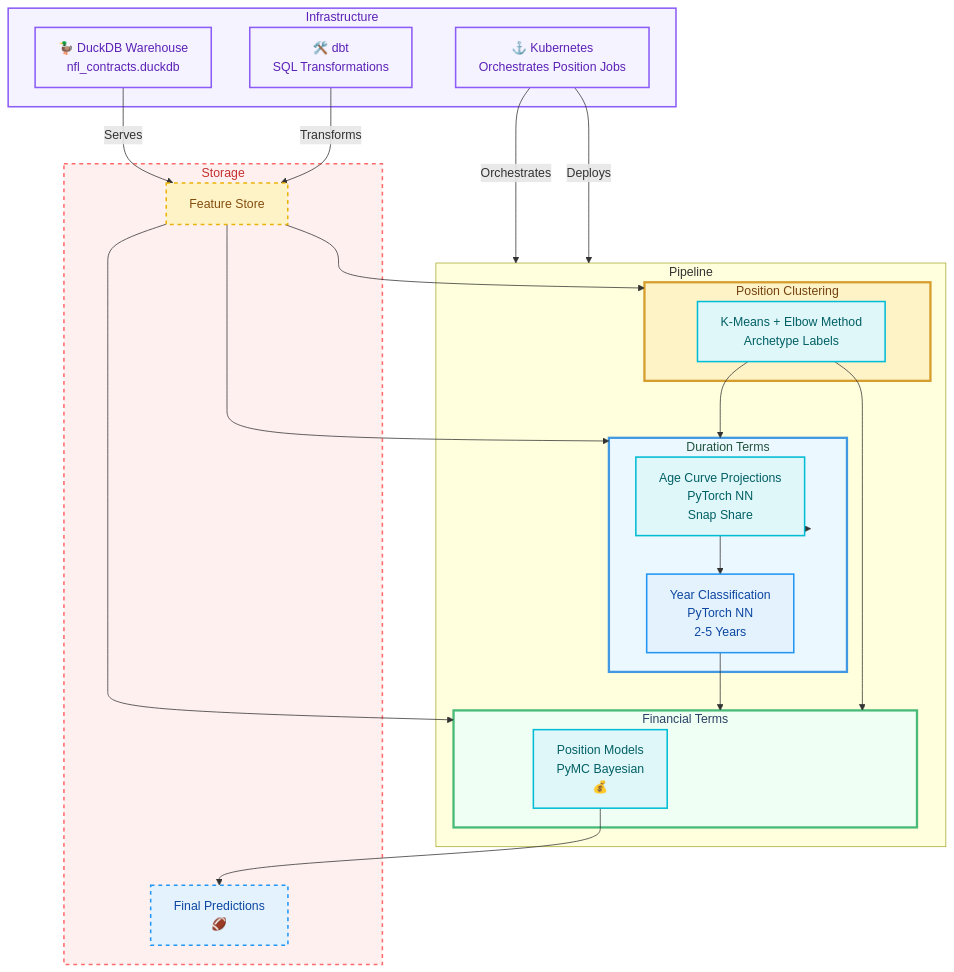
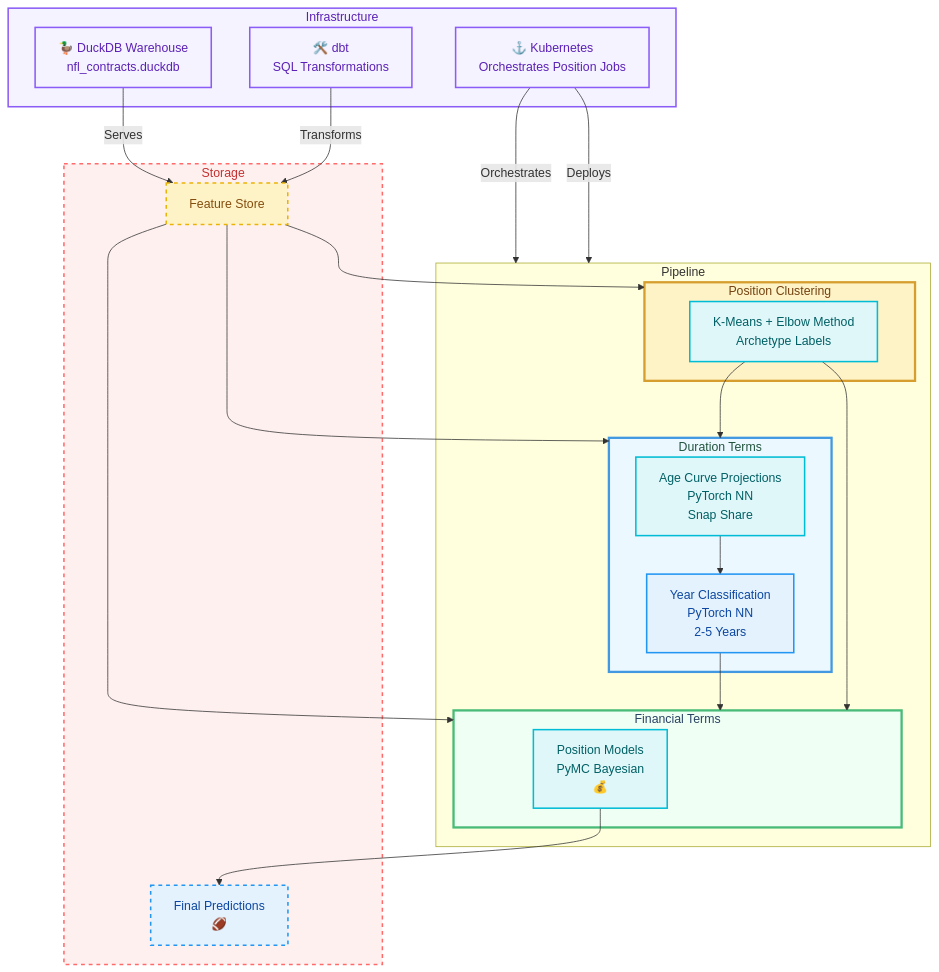
The diagram in README.md (dec1costello/NFL-Market-Value-Analysis), drawn with Mermaid before and after one commit.

Commit message:
Remove transition from STAGE_2 to YEAR_MODELS
Removed the transition from STAGE_2 to YEAR_MODELS in the data pipeline flow.

````diff
--- a/README.md
+++ b/README.md
@@ -38,73 +38,72 @@
 ```mermaid
 graph TB
  %% === STYLING ===
     classDef stage1 fill:#fef3c7,stroke:#d69e2e,stroke-width:3px,color:#744210
     classDef stage2 fill:#ebf8ff,stroke:#4299e1,stroke-width:3px,color:#22543d 
     classDef stage3 fill:#f0fff4,stroke:#48bb78,stroke-width:3px,color: #2a4365
     classDef features fill:#fef3c7,stroke:#eab308,stroke-width:2px,color:#854d0e
     classDef model fill:#e0f7fa,stroke:#00bcd4,stroke-width:2px,color:#006064
     classDef output fill:#e3f2fd,stroke:#2196f3,stroke-width:2px,color:#0d47a1
     classDef infra fill:#f5f3ff,stroke:#8b5cf6,stroke-width:2px,color:#5b21b6
     classDef storage fill:#fff0f0,stroke:#FF6B6B,stroke-width:2px,stroke-dasharray:5 5,color:#c53030
 
     %% === INFRASTRUCTURE LAYERS ===
     subgraph INFRA ["Infrastructure"]
         DUCKDB["🦆 DuckDB Warehouse<br/>nfl_contracts.duckdb"]
         K8S["⚓ Kubernetes<br/>Orchestrates Position Jobs"]
         DBT["🛠️ dbt<br/>SQL Transformations"]
     end
 
     %% === DATA FLOW ===
     subgraph DATA_FLOW ["Pipeline"]
         %% === STAGE 1: ARCHETYPE DISCOVERY ===
         subgraph STAGE_1 ["Position Clustering"]
             CLUSTERING["K-Means + Elbow Method<br/>Archetype Labels"]
         end
 
         %% === STAGE 2: YEAR PREDICTION ===
         subgraph STAGE_2 ["Duration Terms"]
             YEAR_MODELS["Age Curve Projections<br/>PyTorch NN<br/>Snap Share"]
             YEAR_PREDS["Year Classification<br/>PyTorch NN<br/>2-5 Years"]
         end
 
         %% === STAGE 3: FINANCIAL PREDICTION ===
         subgraph STAGE_3 ["Financial Terms"]
             FINANCIAL_MODELS["Position Models<br/>PyMC Bayesian<br/>💰"]
         end
     end
 
     %% === STORAGE LAYER ===
     subgraph STORAGE ["Storage"]
         FEATURES["Feature Store<br/>"]
         RESULTS["Final Predictions<br/>🏈"]
     end
 
     %% === CONNECTIONS ===
     %% Infrastructure → Data Flow
     DUCKDB -->|"Serves"| FEATURES
     DBT -->|"Transforms"| FEATURES
     K8S -->|"Orchestrates"| DATA_FLOW
     K8S -->|"Deploys"| DATA_FLOW
 
     %% Data Pipeline Flow
     FEATURES --> STAGE_1
     CLUSTERING --> STAGE_2
-    STAGE_2 --> YEAR_MODELS
     FEATURES --> STAGE_2
 
     YEAR_MODELS --> YEAR_PREDS
     YEAR_PREDS --> STAGE_3
     CLUSTERING --> STAGE_3
     FEATURES --> STAGE_3
     FINANCIAL_MODELS --> RESULTS
 
     %% === STYLES ===
     class INFRA,DUCKDB,K8S,DBT infra
     class STORAGE,FEATURES,RESULTS storage
     class STAGE_1 stage1
     class STAGE_2 stage2
     class STAGE_3 stage3
     class FEATURES features
     class CLUSTERING,YEAR_MODELS,FINANCIAL_MODELS model
     class ARCHETYPES,YEAR_PREDS,FINANCIAL_PREDS,RESULTS output;
 ```
````
